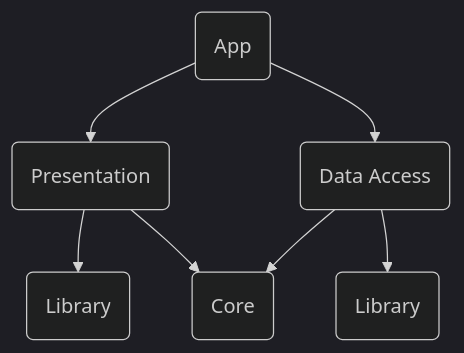
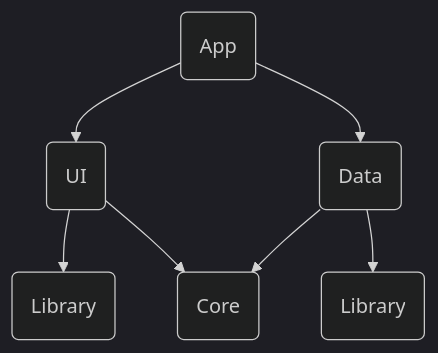
Before and after one commit to stephtelolahy/WildWestOnline: the third of 6 diagrams in README.md, drawn with Mermaid (dark theme). The commit also changed other lines of this file and 76 other files, not shown here.

````diff
--- a/README.md
+++ b/README.md
@@ -69,9 +66,9 @@
 ```mermaid
-graph TD;
-    APP(App) --> UI(Presentation);
-    APP --> DATA(Data Access);
+ graph TD;
+    APP(App) --> UI(UI);
+    APP --> DATA(Data);
     UI --> UILIBRARY(Library)
     UI --> CORE(Core);
     DATA --> CORE;
     DATA --> DATALIBRARY(Library)
 ```
````
